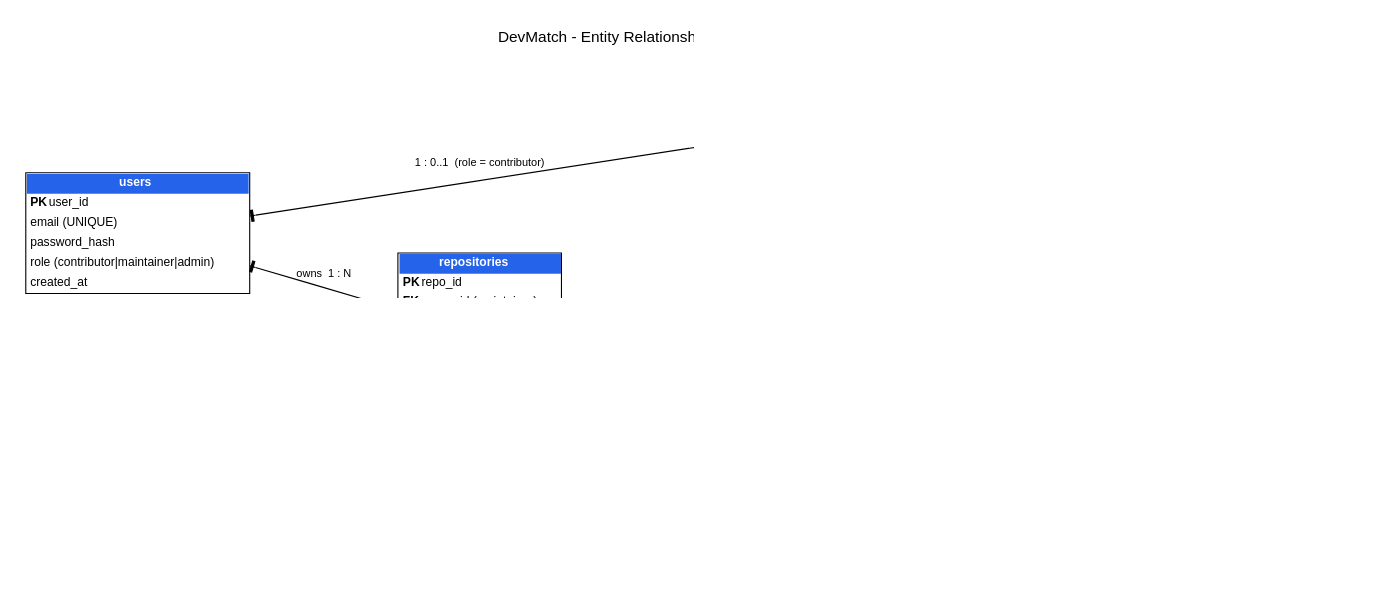
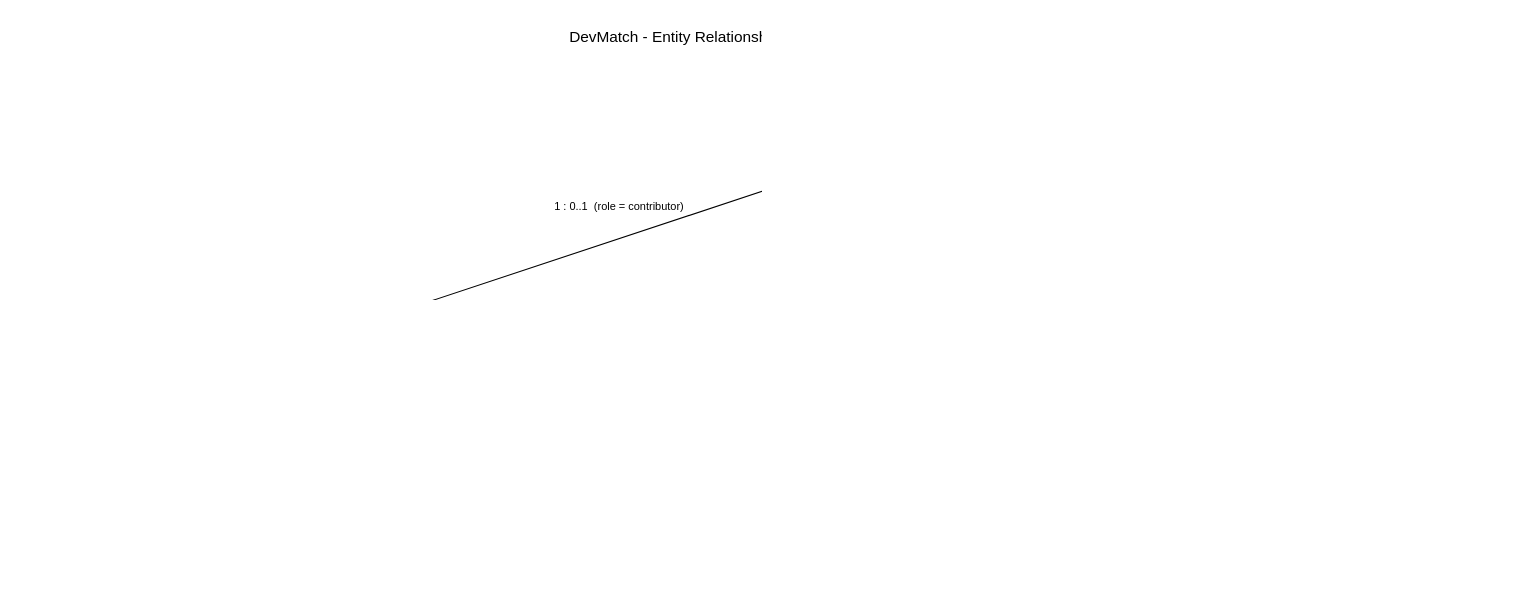
The diagram in docs/er_diagram.dot (DevMatrix06/DBMS_MiniProject), drawn with Graphviz before and after one commit. The commit also changed 40 other files, not shown here.

Commit message:
Docs: objectives, requirements, updated ER diagram and schema, testing results, 23 screenshots, demo and viva guide

```diff
--- a/docs/er_diagram.dot
+++ b/docs/er_diagram.dot
@@ -1,88 +1,95 @@
 digraph ER {
   graph [rankdir=LR, fontname="Helvetica", nodesep=0.5, ranksep=1.1, pad=0.3, dpi=150, labelloc=t, label="DevMatch - Entity Relationship Diagram (PostgreSQL + pgvector)"];
   node  [shape=plain, fontname="Helvetica", fontsize=11];
   edge  [fontname="Helvetica", fontsize=10, arrowhead=crow, arrowtail=tee, dir=both];
 
   users [label=<<TABLE BORDER="1" CELLBORDER="0" CELLSPACING="0" CELLPADDING="3">
     <TR><TD BGCOLOR="#2563eb"><FONT COLOR="white"><B>users</B></FONT></TD></TR>
     <TR><TD ALIGN="LEFT"><B>PK</B> user_id</TD></TR>
     <TR><TD ALIGN="LEFT">email (UNIQUE)</TD></TR>
     <TR><TD ALIGN="LEFT">password_hash</TD></TR>
     <TR><TD ALIGN="LEFT">role (contributor|maintainer|admin)</TD></TR>
     <TR><TD ALIGN="LEFT">created_at</TD></TR></TABLE>>];
 
   contributors [label=<<TABLE BORDER="1" CELLBORDER="0" CELLSPACING="0" CELLPADDING="3">
     <TR><TD BGCOLOR="#2563eb"><FONT COLOR="white"><B>contributors</B></FONT></TD></TR>
     <TR><TD ALIGN="LEFT"><B>PK</B> contributor_id</TD></TR>
     <TR><TD ALIGN="LEFT"><B>FK</B> user_id (UNIQUE)</TD></TR>
     <TR><TD ALIGN="LEFT">display_name</TD></TR>
     <TR><TD ALIGN="LEFT">github_username (UNIQUE)</TD></TR>
     <TR><TD ALIGN="LEFT">bio</TD></TR>
     <TR><TD ALIGN="LEFT">experience_level</TD></TR>
     <TR><TD ALIGN="LEFT">profile_embedding vector(768)</TD></TR></TABLE>>];
 
   skills [label=<<TABLE BORDER="1" CELLBORDER="0" CELLSPACING="0" CELLPADDING="3">
     <TR><TD BGCOLOR="#16a34a"><FONT COLOR="white"><B>skills</B></FONT></TD></TR>
     <TR><TD ALIGN="LEFT"><B>PK</B> skill_id</TD></TR>
     <TR><TD ALIGN="LEFT">name (UNIQUE)</TD></TR>
     <TR><TD ALIGN="LEFT">category</TD></TR></TABLE>>];
 
   contributor_skills [label=<<TABLE BORDER="1" CELLBORDER="0" CELLSPACING="0" CELLPADDING="3">
     <TR><TD BGCOLOR="#9333ea"><FONT COLOR="white"><B>contributor_skills</B></FONT></TD></TR>
     <TR><TD ALIGN="LEFT"><B>PK, FK</B> contributor_id</TD></TR>
     <TR><TD ALIGN="LEFT"><B>PK, FK</B> skill_id</TD></TR>
     <TR><TD ALIGN="LEFT">proficiency (1-5)</TD></TR></TABLE>>];
 
   repositories [label=<<TABLE BORDER="1" CELLBORDER="0" CELLSPACING="0" CELLPADDING="3">
     <TR><TD BGCOLOR="#2563eb"><FONT COLOR="white"><B>repositories</B></FONT></TD></TR>
     <TR><TD ALIGN="LEFT"><B>PK</B> repo_id</TD></TR>
     <TR><TD ALIGN="LEFT"><B>FK</B> owner_id (maintainer)</TD></TR>
     <TR><TD ALIGN="LEFT">full_name (UNIQUE)</TD></TR>
     <TR><TD ALIGN="LEFT">description</TD></TR>
     <TR><TD ALIGN="LEFT">primary_language</TD></TR>
     <TR><TD ALIGN="LEFT">stars</TD></TR>
     <TR><TD ALIGN="LEFT">created_at</TD></TR></TABLE>>];
 
   issues [label=<<TABLE BORDER="1" CELLBORDER="0" CELLSPACING="0" CELLPADDING="3">
     <TR><TD BGCOLOR="#2563eb"><FONT COLOR="white"><B>issues</B></FONT></TD></TR>
     <TR><TD ALIGN="LEFT"><B>PK</B> issue_id</TD></TR>
     <TR><TD ALIGN="LEFT"><B>FK</B> repo_id</TD></TR>
     <TR><TD ALIGN="LEFT">title, body</TD></TR>
     <TR><TD ALIGN="LEFT">difficulty (easy|medium|hard)</TD></TR>
     <TR><TD ALIGN="LEFT">status (open|claimed|closed)</TD></TR>
     <TR><TD ALIGN="LEFT">created_at</TD></TR>
     <TR><TD ALIGN="LEFT">embedding vector(768)</TD></TR>
     <TR><TD ALIGN="LEFT">search_tsv tsvector (generated)</TD></TR></TABLE>>];
 
   issue_skills [label=<<TABLE BORDER="1" CELLBORDER="0" CELLSPACING="0" CELLPADDING="3">
     <TR><TD BGCOLOR="#9333ea"><FONT COLOR="white"><B>issue_skills</B></FONT></TD></TR>
     <TR><TD ALIGN="LEFT"><B>PK, FK</B> issue_id</TD></TR>
     <TR><TD ALIGN="LEFT"><B>PK, FK</B> skill_id</TD></TR></TABLE>>];
 
   applications [label=<<TABLE BORDER="1" CELLBORDER="0" CELLSPACING="0" CELLPADDING="3">
     <TR><TD BGCOLOR="#ea580c"><FONT COLOR="white"><B>applications</B></FONT></TD></TR>
     <TR><TD ALIGN="LEFT"><B>PK</B> application_id</TD></TR>
     <TR><TD ALIGN="LEFT"><B>FK</B> issue_id</TD></TR>
     <TR><TD ALIGN="LEFT"><B>FK</B> contributor_id</TD></TR>
     <TR><TD ALIGN="LEFT">status (pending|accepted|rejected|withdrawn)</TD></TR>
     <TR><TD ALIGN="LEFT">applied_at</TD></TR>
     <TR><TD ALIGN="LEFT">UNIQUE (issue_id, contributor_id)</TD></TR></TABLE>>];
 
   issue_status_log [label=<<TABLE BORDER="1" CELLBORDER="0" CELLSPACING="0" CELLPADDING="3">
     <TR><TD BGCOLOR="#64748b"><FONT COLOR="white"><B>issue_status_log</B></FONT></TD></TR>
     <TR><TD ALIGN="LEFT"><B>PK</B> log_id</TD></TR>
     <TR><TD ALIGN="LEFT"><B>FK</B> issue_id</TD></TR>
     <TR><TD ALIGN="LEFT">old_status, new_status</TD></TR>
     <TR><TD ALIGN="LEFT">changed_at</TD></TR></TABLE>>];
 
+  login_attempts [label=<<TABLE BORDER="1" CELLBORDER="0" CELLSPACING="0" CELLPADDING="3">
+    <TR><TD BGCOLOR="#64748b"><FONT COLOR="white"><B>login_attempts</B></FONT></TD></TR>
+    <TR><TD ALIGN="LEFT"><B>PK</B> attempt_id</TD></TR>
+    <TR><TD ALIGN="LEFT">email (typed value, no FK)</TD></TR>
+    <TR><TD ALIGN="LEFT">attempted_at</TD></TR></TABLE>>];
+
+  users -> login_attempts      [label="rate limit by email (logical link only)", style=dashed, arrowhead=none, arrowtail=none, dir=none];
   users -> contributors        [label="1 : 0..1  (role = contributor)", arrowhead=tee, arrowtail=tee];
   users -> repositories        [label="owns  1 : N"];
   repositories -> issues       [label="has  1 : N"];
   contributors -> contributor_skills [label="1 : N"];
   skills -> contributor_skills [label="1 : N"];
   issues -> issue_skills       [label="1 : N"];
   skills -> issue_skills       [label="1 : N"];
   issues -> applications       [label="receives  1 : N"];
   contributors -> applications [label="submits  1 : N"];
   issues -> issue_status_log   [label="audited by (trigger)  1 : N"];
 }
```
